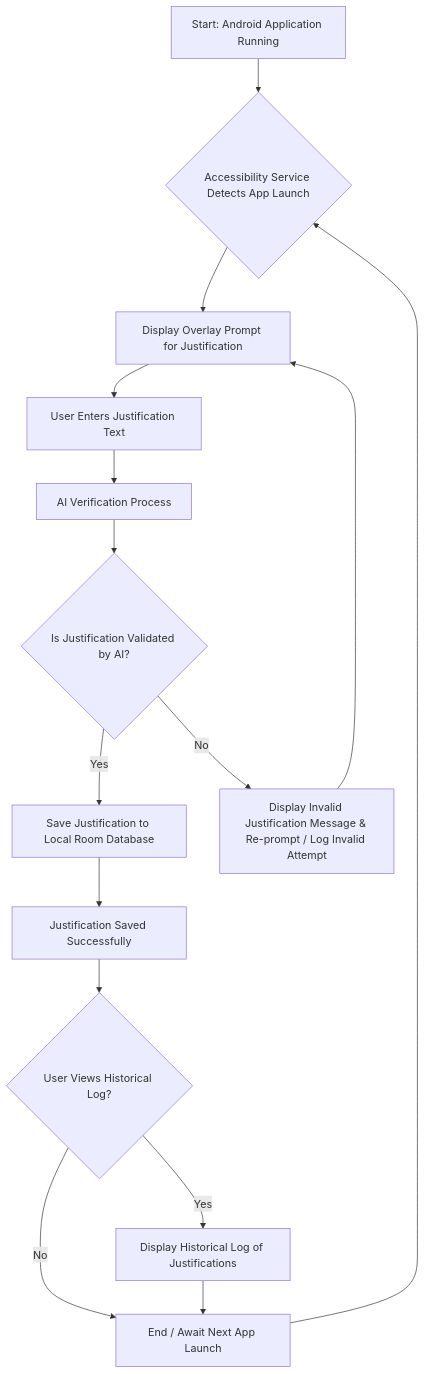
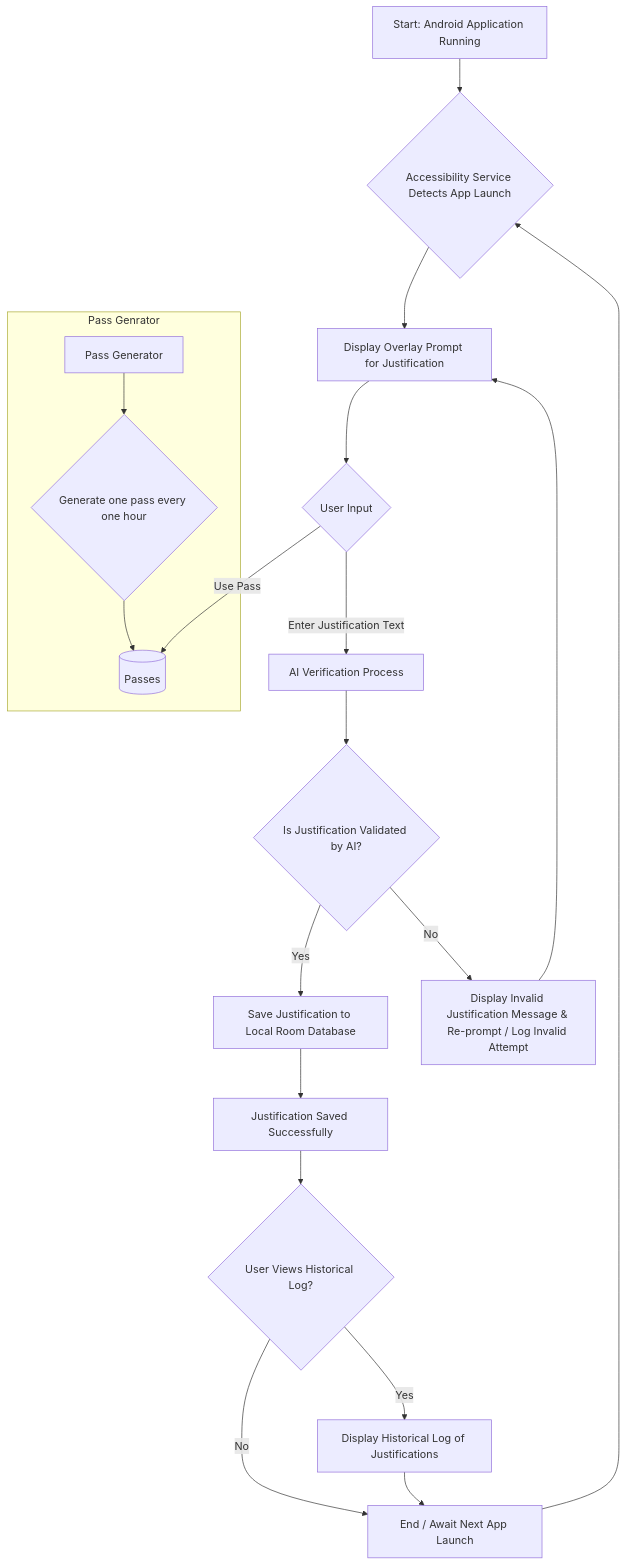
The diagram in README.md (sanga03/tell-me-why), drawn with Mermaid before and after one commit.

Commit message:
modifying flow diag

````diff
--- a/README.md
+++ b/README.md
@@ -15,26 +15,26 @@
 ```mermaid
-graph TD
-A[Start: Android Application Running] --> B{Accessibility Service Detects App Launch};
+flowchart TD
+ subgraph s1["Pass Genrator"]
+         AB["Pass Generator"] --> AC{"Generate one pass every one hour"}
+         AC --> AD
 
-    B --> C[Display Overlay Prompt for Justification];
+  end
+    A["Start: Android Application Running"] --> B{"Accessibility Service Detects App Launch"}
+    B --> C["Display Overlay Prompt for Justification"]
+    C --> D{"User Input"}
+    D -- Enter Justification Text --> E["AI Verification Process"]
+    D -- Use Pass --> AD["Passes"]
+    E --> F{"Is Justification Validated by AI?"}
+    F -- Yes --> G["Save Justification to Local Room Database"]
+    F -- No --> H["Display Invalid Justification Message & Re-prompt / Log Invalid Attempt"]
+    H --> C
+    G --> I["Justification Saved Successfully"]
+    I --> J{"User Views Historical Log?"}
+    J -- Yes --> K["Display Historical Log of Justifications"]
+    J -- No --> L["End / Await Next App Launch"]
+    K --> L
+    L --> B
+   
 
-    C --> D[User Enters Justification Text];
-
-    D --> E[AI Verification Process];
-
-    E --> F{Is Justification Validated by AI?};
-
-    F -- Yes --> G[Save Justification to Local Room Database];
-
-    F -- No --> H[Display Invalid Justification Message & Re-prompt / Log Invalid Attempt];
-    H --> C;
-
-    G --> I[Justification Saved Successfully];
-
-    I --> J{User Views Historical Log?};
-    J -- Yes --> K[Display Historical Log of Justifications];
-    J -- No --> L[End / Await Next App Launch];
-
-    K --> L;
-    L --> B;
+    AD@{ shape: cyl}
 ```
````
